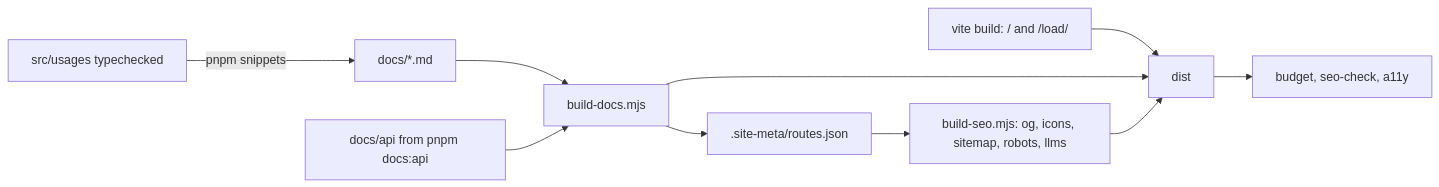
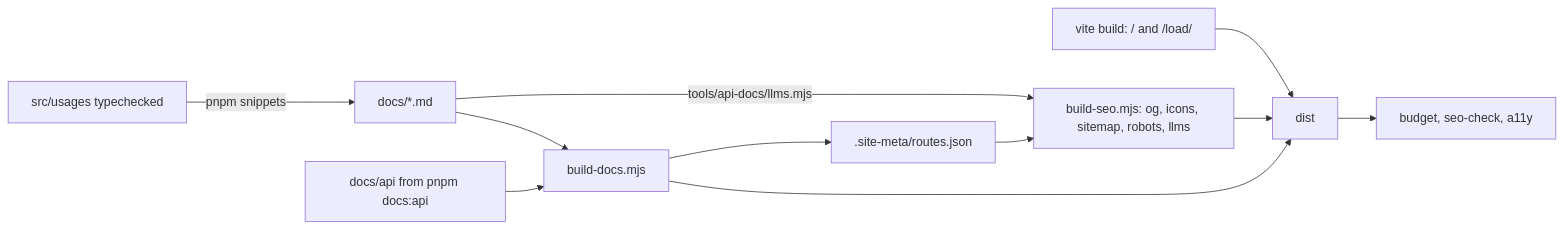
The diagram in apps/site/README.md (p10ns11y/adaptate), drawn with Mermaid before and after one commit. The commit also changed other lines of this file and 19 other files, not shown here.

First line of the commit message:
feat: rebuild the landing around a live schema demo

````diff
--- a/apps/site/README.md
+++ b/apps/site/README.md
@@ -5,12 +5,13 @@
 ```mermaid
 flowchart LR
   Usages["src/usages typechecked"] -->|"pnpm snippets"| Docs["docs/*.md"]
   Docs --> BuildDocs["build-docs.mjs"]
   Api["docs/api from pnpm docs:api"] --> BuildDocs
   Vite["vite build: / and /load/"] --> Dist["dist"]
   BuildDocs --> Dist
   BuildDocs --> Routes[".site-meta/routes.json"]
   Routes --> Seo["build-seo.mjs: og, icons, sitemap, robots, llms"]
+  Docs -->|"tools/api-docs/llms.mjs"| Seo
   Seo --> Dist
   Dist --> Checks["budget, seo-check, a11y"]
 ```
````
